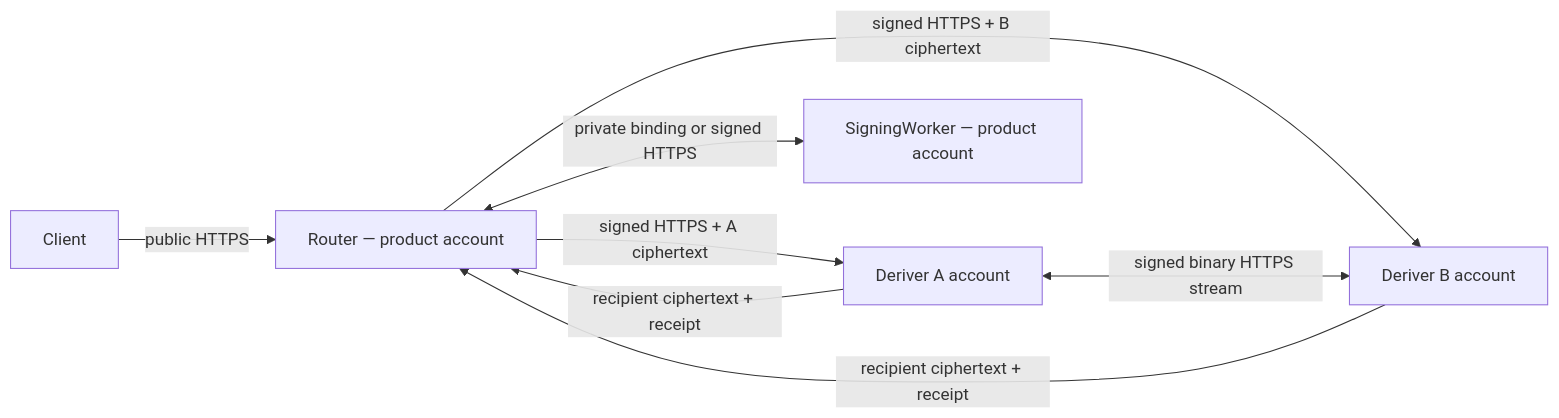
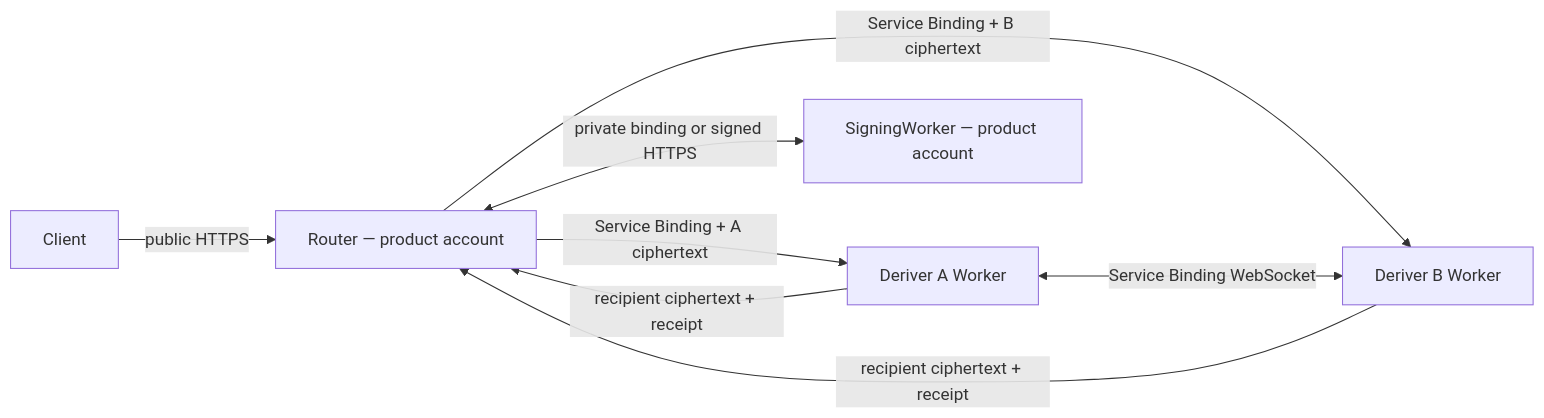
The diagram in docs/router-a-b-deployment.md (seams-tech/seams-sdk), drawn with Mermaid before and after one commit. The commit also changed other lines of this file and 13 other files, not shown here.

````diff
--- a/docs/router-a-b-deployment.md
+++ b/docs/router-a-b-deployment.md
@@ -51,10 +49,10 @@
 ```mermaid
 flowchart LR
   C["Client"] -->|"public HTTPS"| R["Router — product account"]
-  R -->|"signed HTTPS + A ciphertext"| A["Deriver A account"]
-  R -->|"signed HTTPS + B ciphertext"| B["Deriver B account"]
-  A <-->|"signed binary HTTPS stream"| B
+  R -->|"Service Binding + A ciphertext"| A["Deriver A Worker"]
+  R -->|"Service Binding + B ciphertext"| B["Deriver B Worker"]
+  A <-->|"Service Binding WebSocket"| B
   A -->|"recipient ciphertext + receipt"| R
   B -->|"recipient ciphertext + receipt"| R
   R <-->|"private binding or signed HTTPS"| SW["SigningWorker — product account"]
 ```
````
